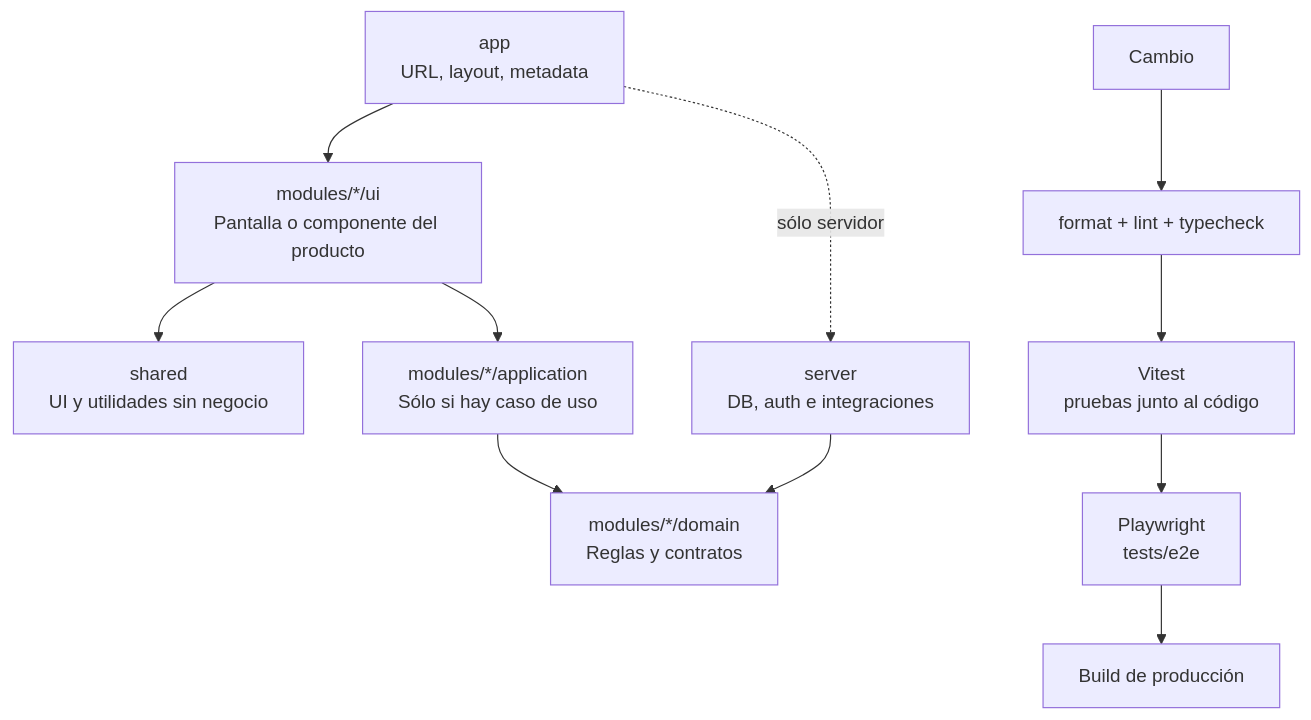
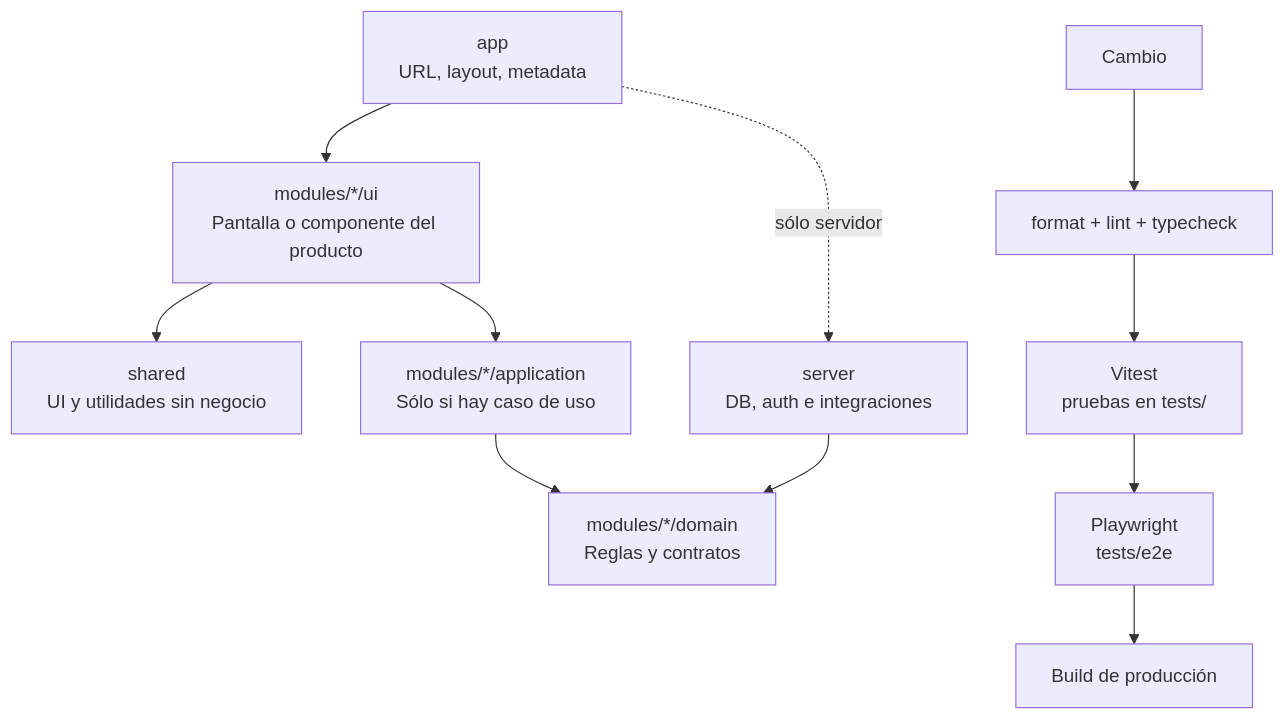
One commit to RogerG03/abc-next-js changed the diagram in README.md. Above: the diagram before and after it, drawn with Mermaid. The commit also changed other lines of this file and 8 other files, not shown here.

````diff
--- a/README.md
+++ b/README.md
@@ -46,14 +46,14 @@
 ```mermaid
 flowchart TB
   Route[app\nURL, layout, metadata] --> Screen[modules/*/ui\nPantalla o componente del producto]
   Screen --> Shared[shared\nUI y utilidades sin negocio]
   Screen --> UseCase[modules/*/application\nSólo si hay caso de uso]
   UseCase --> Domain[modules/*/domain\nReglas y contratos]
   Route -. sólo servidor .-> Server[server\nDB, auth e integraciones]
   Server --> Domain
 
   Change[Cambio] --> Checks[format + lint + typecheck]
-  Checks --> Unit[Vitest\npruebas junto al código]
+  Checks --> Unit[Vitest\npruebas en tests/]
   Unit --> E2E[Playwright\ntests/e2e]
   E2E --> Build[Build de producción]
 ```
````
